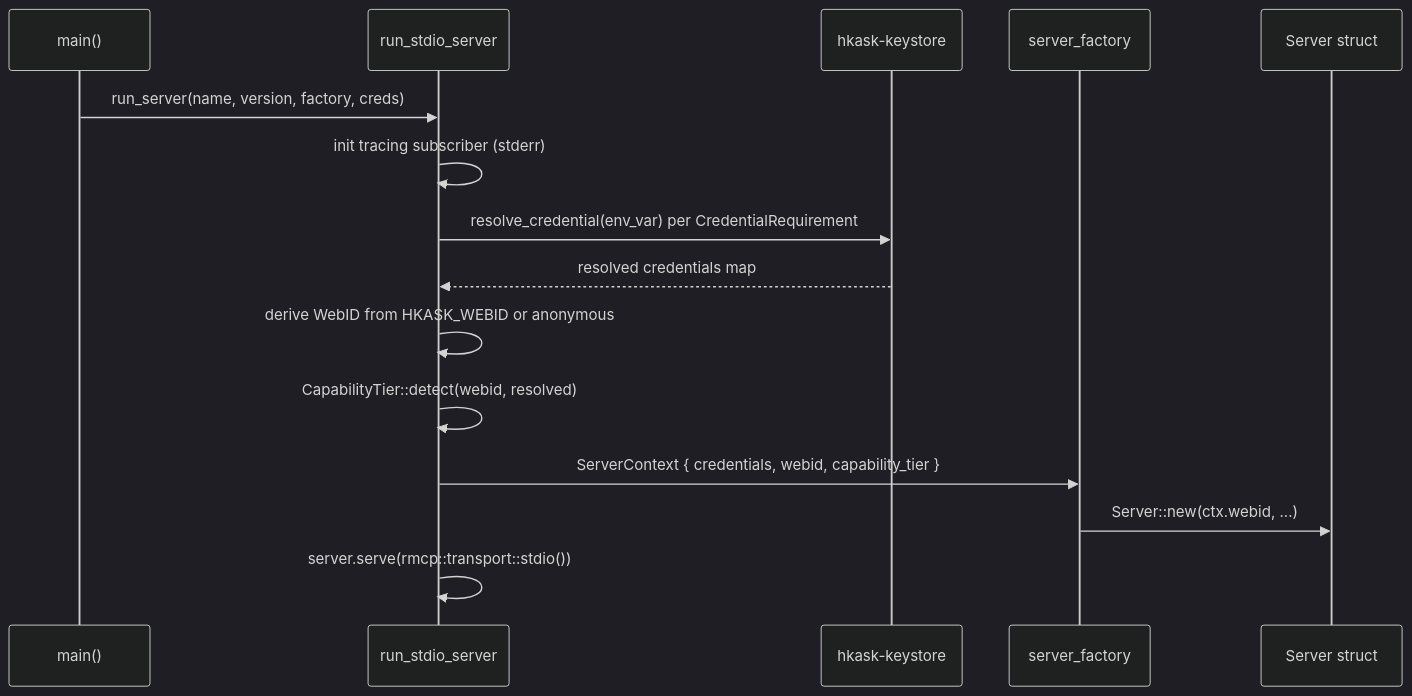
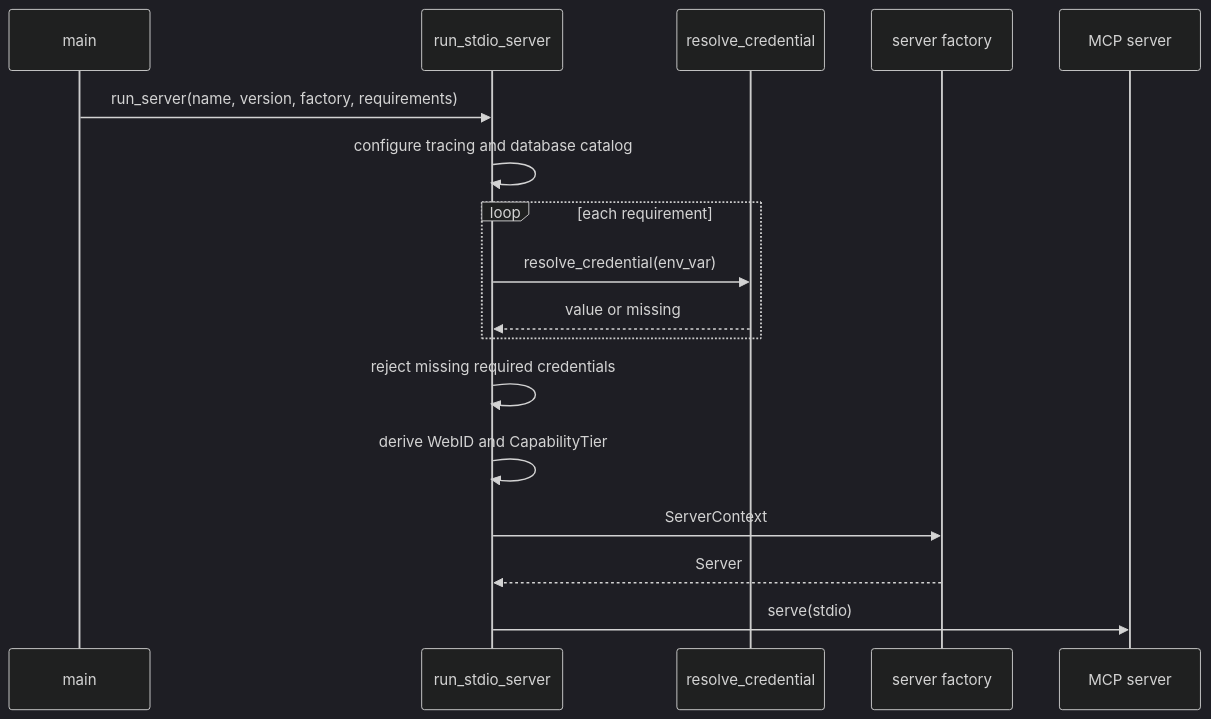
Before and after one commit to mdz-axo/zed-kask: the first of 2 diagrams in kask/docs/diataxis/hkask-mcp-server/explanation.md, drawn with Mermaid (dark theme). The commit also changed other lines of this file and 8 other files, not shown here.

````diff
--- a/kask/docs/diataxis/hkask-mcp-server/explanation.md
+++ b/kask/docs/diataxis/hkask-mcp-server/explanation.md
@@ -26,17 +19,20 @@
 ```mermaid
 sequenceDiagram
-    participant Main as main()
-    participant Boot as run_stdio_server
-    participant Keys as hkask-keystore
-    participant Factory as server_factory
-    participant Server as Server struct
-    Main->>Boot: run_server(name, version, factory, creds)
-    Boot->>Boot: init tracing subscriber (stderr)
-    Boot->>Keys: resolve_credential(env_var) per CredentialRequirement
-    Keys-->>Boot: resolved credentials map
-    Boot->>Boot: derive WebID from HKASK_WEBID or anonymous
-    Boot->>Boot: CapabilityTier::detect(webid, resolved)
-    Boot->>Factory: ServerContext { credentials, webid, capability_tier }
-    Factory->>Server: Server::new(ctx.webid, ...)
-    Boot->>Boot: server.serve(rmcp::transport::stdio())
+    participant Main as main
+    participant Bootstrap as run_stdio_server
+    participant Resolver as resolve_credential
+    participant Factory as server factory
+    participant Server as MCP server
+
+    Main->>Bootstrap: run_server(name, version, factory, requirements)
+    Bootstrap->>Bootstrap: configure tracing and database catalog
+    loop each requirement
+        Bootstrap->>Resolver: resolve_credential(env_var)
+        Resolver-->>Bootstrap: value or missing
+    end
+    Bootstrap->>Bootstrap: reject missing required credentials
+    Bootstrap->>Bootstrap: derive WebID and CapabilityTier
+    Bootstrap->>Factory: ServerContext
+    Factory-->>Bootstrap: Server
+    Bootstrap->>Server: serve(stdio)
 ```
````
